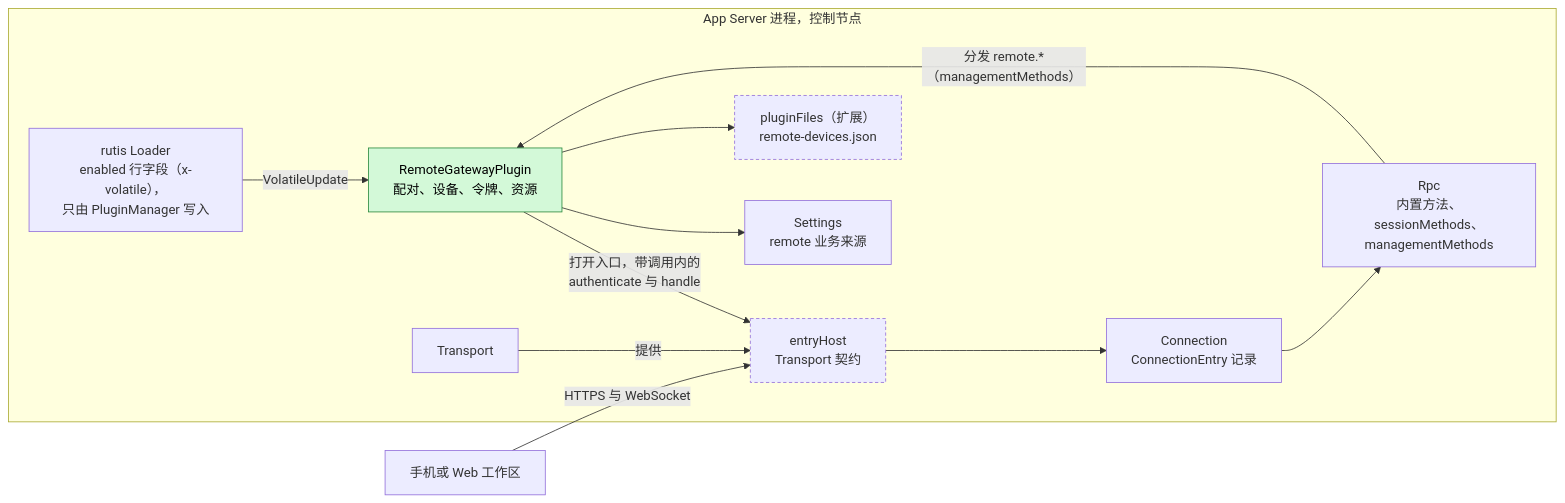
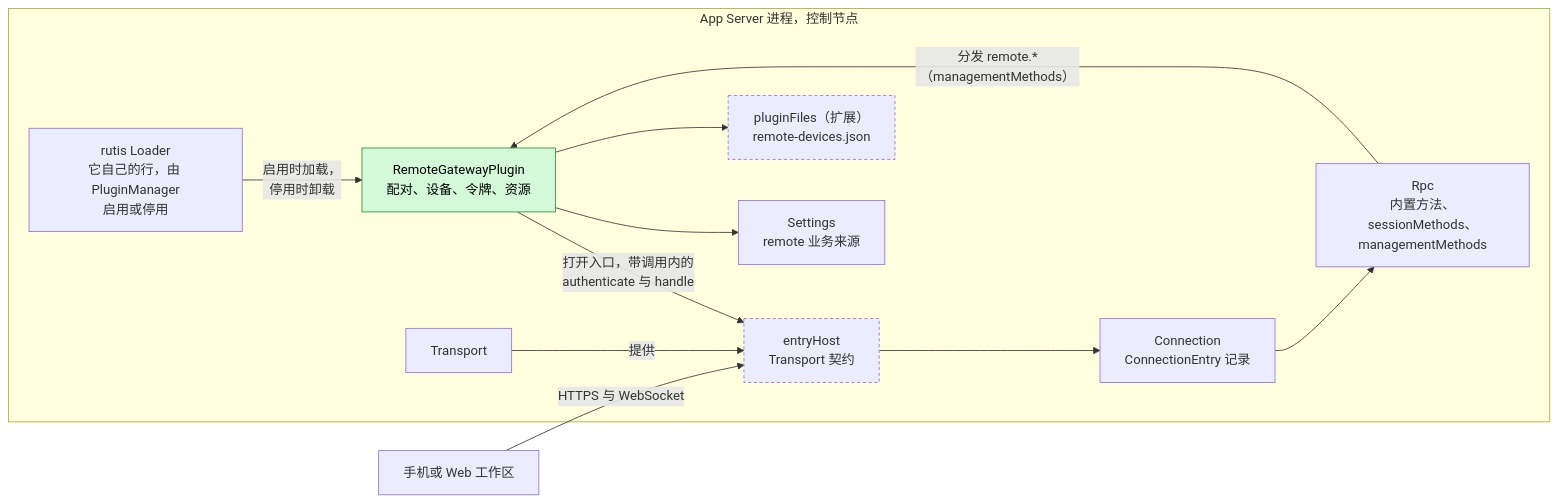
One commit to arcships/dim changed the first of 6 diagrams in docs/zh/design/plugins/RemoteGateway.md. Above: the diagram before and after it, drawn with Mermaid. The commit also changed other lines of this file and 15 other files, not shown here.

````diff
--- a/docs/zh/design/plugins/RemoteGateway.md
+++ b/docs/zh/design/plugins/RemoteGateway.md
@@ -11,25 +11,25 @@
 ```mermaid
 flowchart LR
   subgraph P["App Server 进程，控制节点"]
     RG["RemoteGatewayPlugin<br/>配对、设备、令牌、资源"]:::new
     EH["entryHost<br/>Transport 契约"]:::contract
     TR["Transport"]
     CONN["Connection<br/>ConnectionEntry 记录"]
     RPC["Rpc<br/>内置方法、sessionMethods、<br/>managementMethods"]
     SET["Settings<br/>remote 业务来源"]
-    LDR["rutis Loader<br/>enabled 行字段（x-volatile），<br/>只由 PluginManager 写入"]
+    LDR["rutis Loader<br/>它自己的行，由 PluginManager<br/>启用或停用"]
     PST["pluginFiles（扩展）<br/>remote-devices.json"]:::contract
   end
   DEV["手机或 Web 工作区"]
   DEV -->|"HTTPS 与 WebSocket"| EH
   RG -->|"打开入口，带调用内的<br/>authenticate 与 handle"| EH
   TR -->|"提供"| EH
   EH --> CONN
   CONN --> RPC
   RPC -->|"分发 remote.*（managementMethods）"| RG
   RG --> SET
-  LDR -->|"VolatileUpdate"| RG
+  LDR -->|"启用时加载，<br/>停用时卸载"| RG
   RG --> PST
   classDef new fill:#d3f9d8,stroke:#2b8a3e,color:#000
   classDef contract stroke-dasharray:4 3
 ```
````
